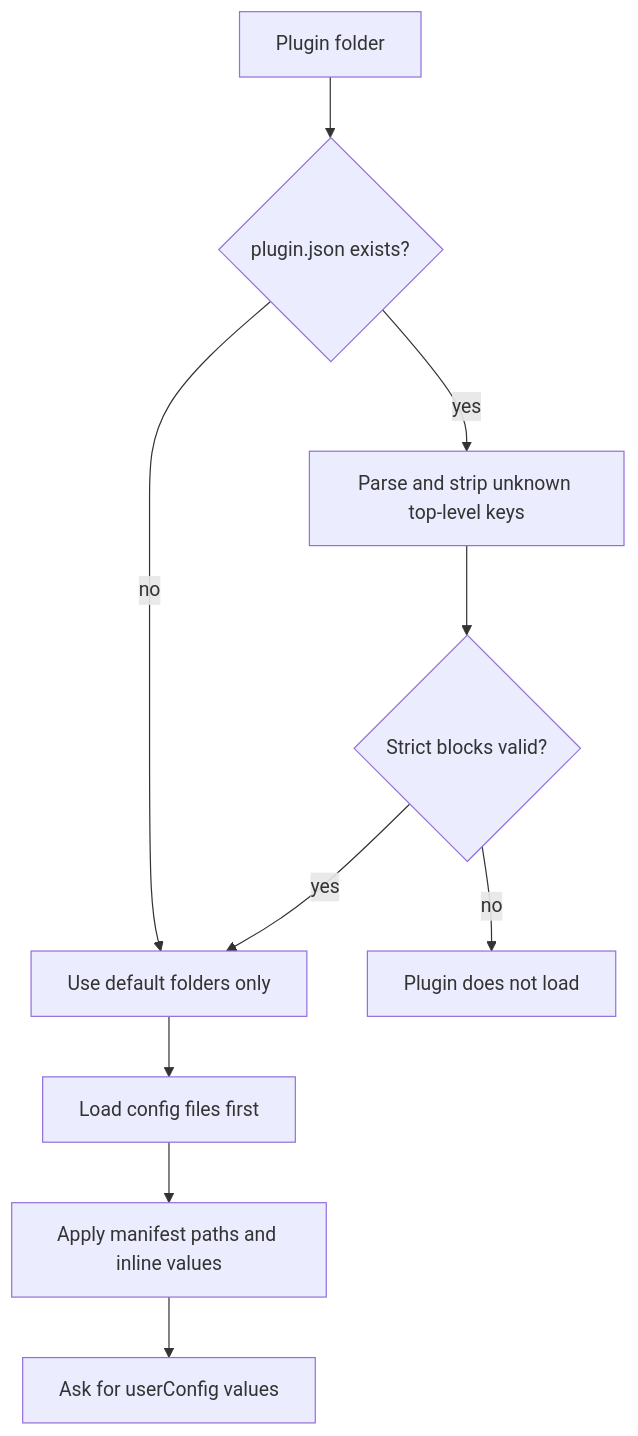
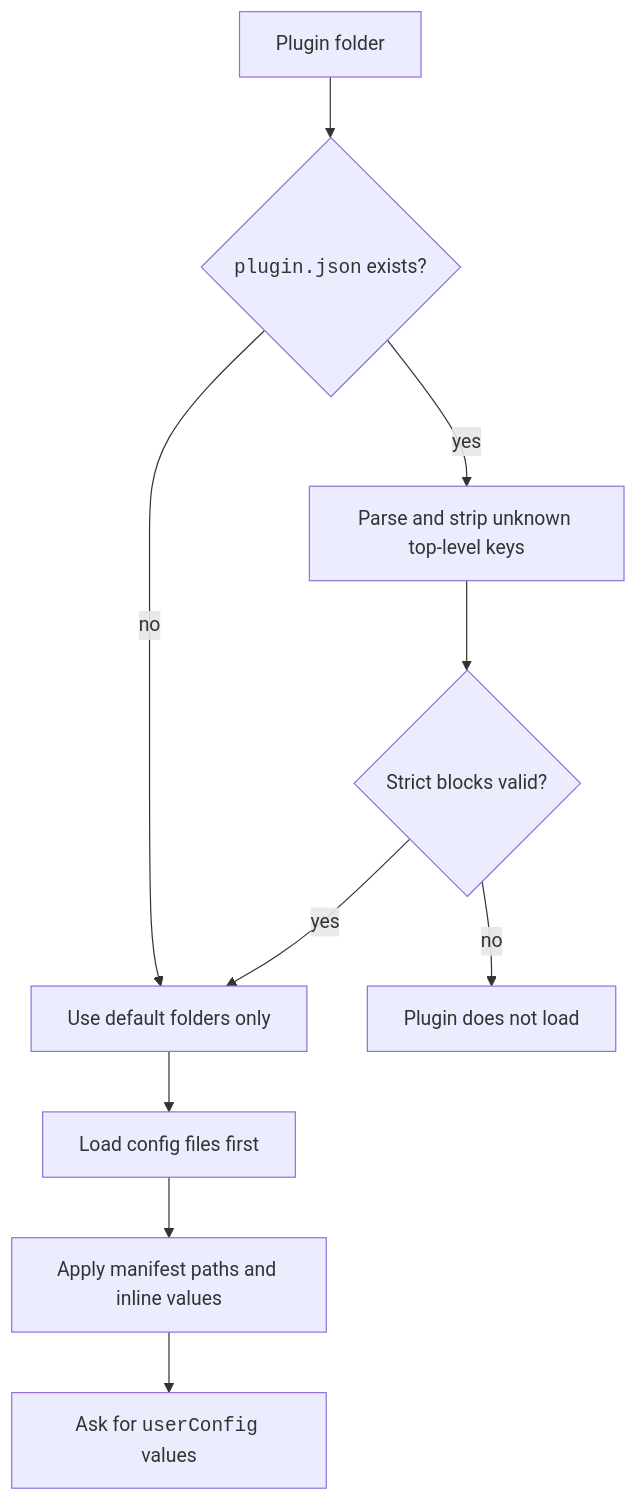
The diagram in docs/extend/plugins/manifest.md (xsyetopz/claude-code-docs), drawn with Mermaid before and after one commit. The commit also changed other lines of this file and 164 other files, not shown here.

First line of the commit message:
docs: linked citations, yes/no markers, file trees, code in diagrams

````diff
--- a/docs/extend/plugins/manifest.md
+++ b/docs/extend/plugins/manifest.md
@@ -143,12 +147,12 @@
 ```mermaid
 flowchart TD
-  A[Plugin folder] --> B{plugin.json exists?}
+  A[Plugin folder] --> B{"<code>plugin.json</code> exists?"}
   B -->|no| D[Use default folders only]
   B -->|yes| C[Parse and strip unknown top-level keys]
   C --> V{Strict blocks valid?}
   V -->|no| X[Plugin does not load]
   V -->|yes| D
   D --> E[Load config files first]
   E --> F[Apply manifest paths and inline values]
-  F --> G[Ask for userConfig values]
+  F --> G["Ask for <code>userConfig</code> values"]
 ```
````
